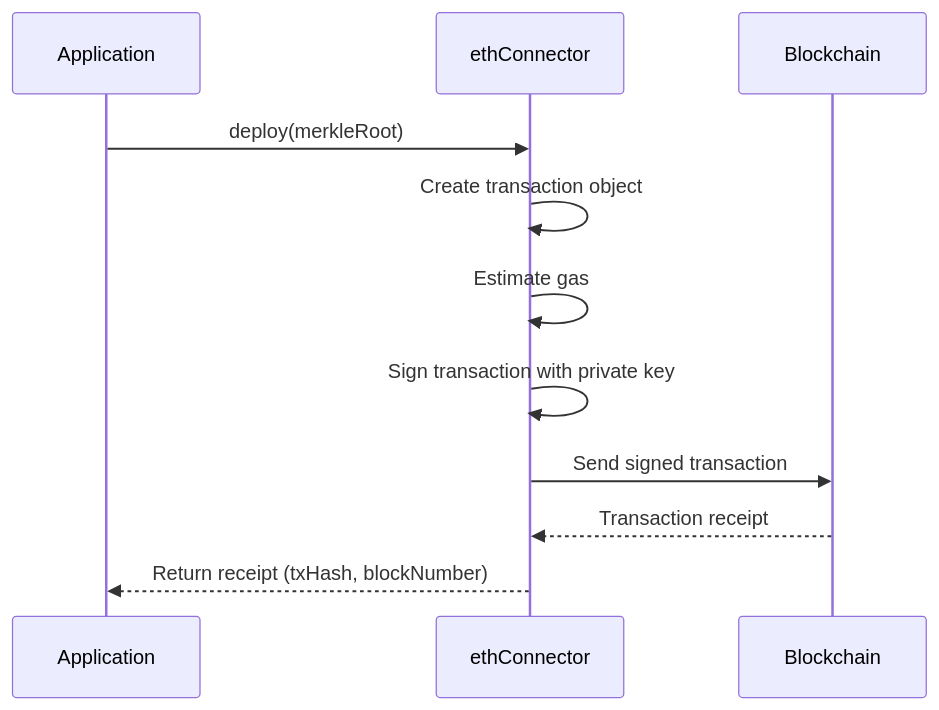
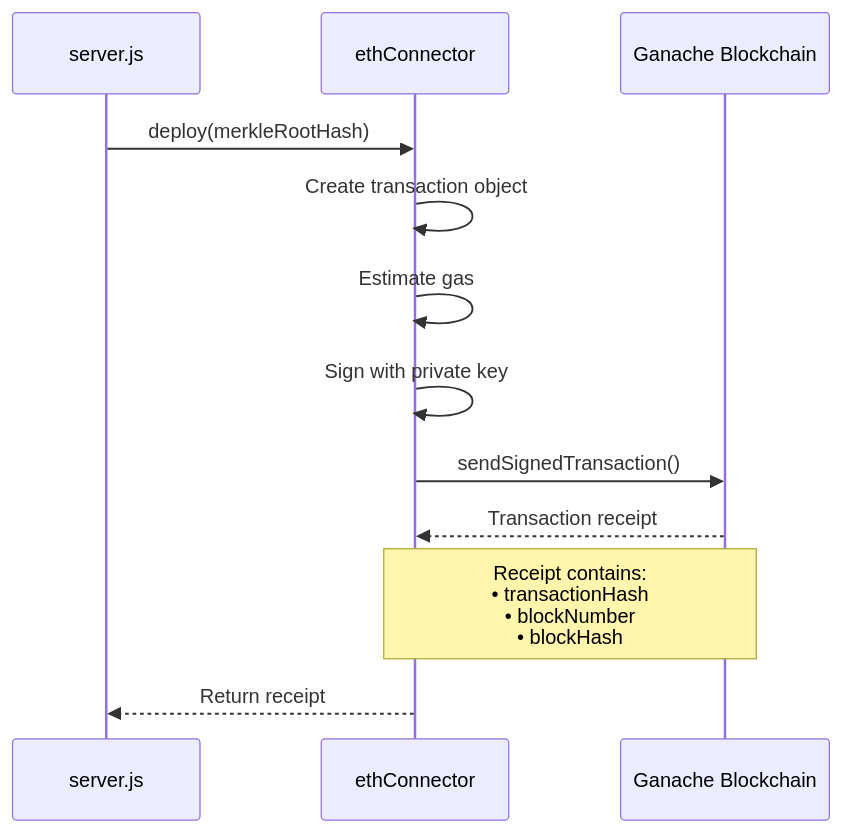
One commit to Cheesecodemaker/Vericlasify changed the second of 5 diagrams in @docs/CODE_EXPLANATION.md. Above: the diagram before and after it, drawn with Mermaid. The commit also changed other lines of this file and 6 other files, not shown here.

````diff
--- a/@docs/CODE_EXPLANATION.md
+++ b/@docs/CODE_EXPLANATION.md
@@ -50,14 +129,15 @@
 ```mermaid
 sequenceDiagram
-    participant App as Application
+    participant App as server.js
     participant ETH as ethConnector
-    participant BC as Blockchain
-
-    App->>ETH: deploy(merkleRoot)
+    participant BC as Ganache Blockchain
+    
+    App->>ETH: deploy(merkleRootHash)
     ETH->>ETH: Create transaction object
     ETH->>ETH: Estimate gas
-    ETH->>ETH: Sign transaction with private key
-    ETH->>BC: Send signed transaction
+    ETH->>ETH: Sign with private key
+    ETH->>BC: sendSignedTransaction()
     BC-->>ETH: Transaction receipt
-    ETH-->>App: Return receipt (txHash, blockNumber)
+    Note over ETH,BC: Receipt contains:<br/>• transactionHash<br/>• blockNumber<br/>• blockHash
+    ETH-->>App: Return receipt
 ```
````
